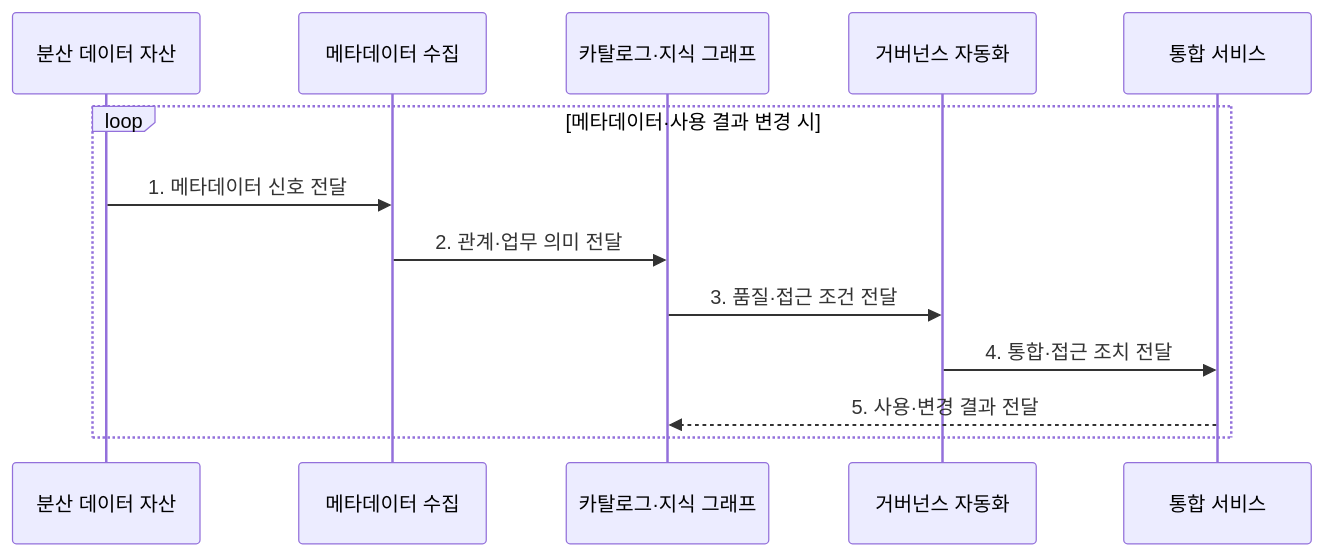
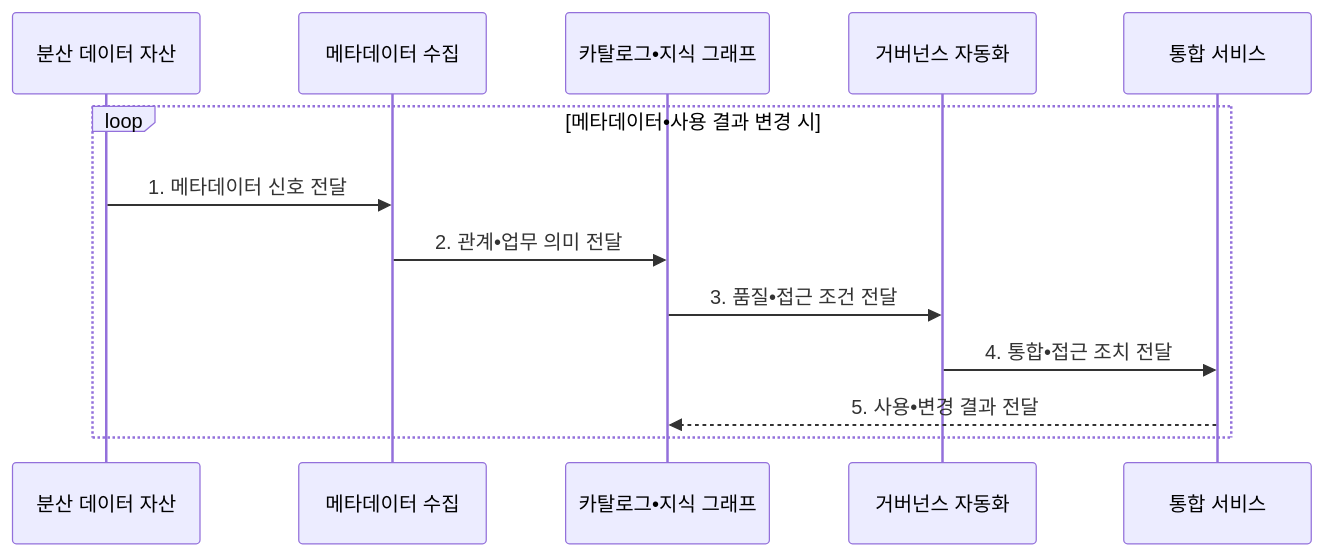
One commit to agnusdei1207/knowledge-base changed the second of 2 diagrams in src/content/docs/notes/08-latest-tech/194_data_fabric.md. Above: the diagram before and after it, drawn with Mermaid. The commit also changed other lines of this file and 953 other files, not shown here.

````diff
--- a/src/content/docs/notes/08-latest-tech/194_data_fabric.md
+++ b/src/content/docs/notes/08-latest-tech/194_data_fabric.md
@@ -101,15 +101,15 @@
 ```mermaid
 sequenceDiagram
   participant S as 분산 데이터 자산
   participant M as 메타데이터 수집
-  participant K as 카탈로그·지식 그래프
+  participant K as 카탈로그•지식 그래프
   participant G as 거버넌스 자동화
   participant I as 통합 서비스
-  loop 메타데이터·사용 결과 변경 시
+  loop 메타데이터•사용 결과 변경 시
     S->>M: 1. 메타데이터 신호 전달
-    M->>K: 2. 관계·업무 의미 전달
-    K->>G: 3. 품질·접근 조건 전달
-    G->>I: 4. 통합·접근 조치 전달
-    I-->>K: 5. 사용·변경 결과 전달
+    M->>K: 2. 관계•업무 의미 전달
+    K->>G: 3. 품질•접근 조건 전달
+    G->>I: 4. 통합•접근 조치 전달
+    I-->>K: 5. 사용•변경 결과 전달
   end
 ```
````
